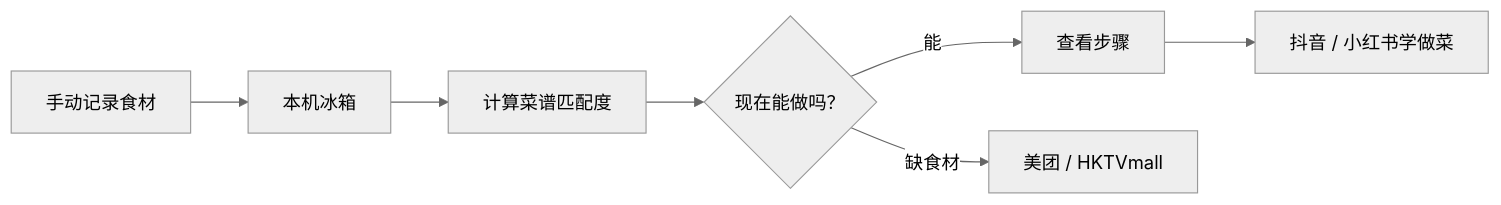
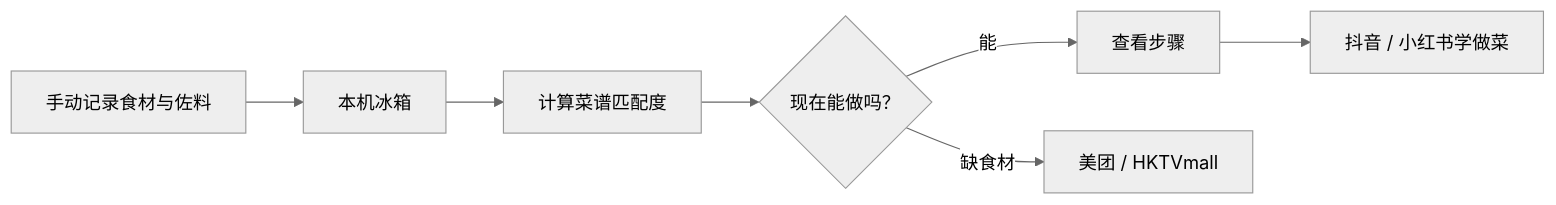
Before and after one commit to stephenovo/what-to-eat-today: the diagram in README.md, drawn with Mermaid (neutral theme). The commit also changed other lines of this file and 14 other files, not shown here.

````diff
--- a/README.md
+++ b/README.md
@@ -27,9 +27,9 @@
 ```mermaid
 flowchart LR
-    A[手动记录食材] --> B[本机冰箱]
+    A[手动记录食材与佐料] --> B[本机冰箱]
     B --> C[计算菜谱匹配度]
     C --> D{现在能做吗？}
     D -->|能| E[查看步骤]
     D -->|缺食材| F[美团 / HKTVmall]
     E --> G[抖音 / 小红书学做菜]
 ```
````
